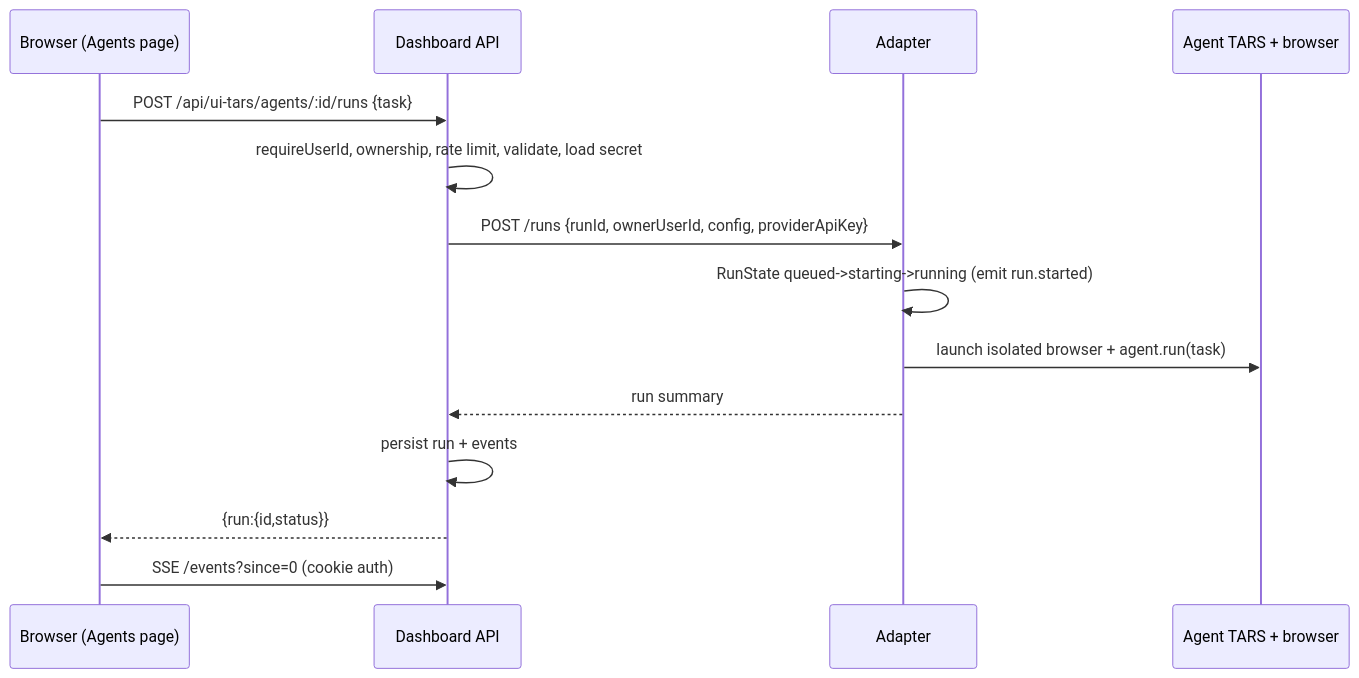
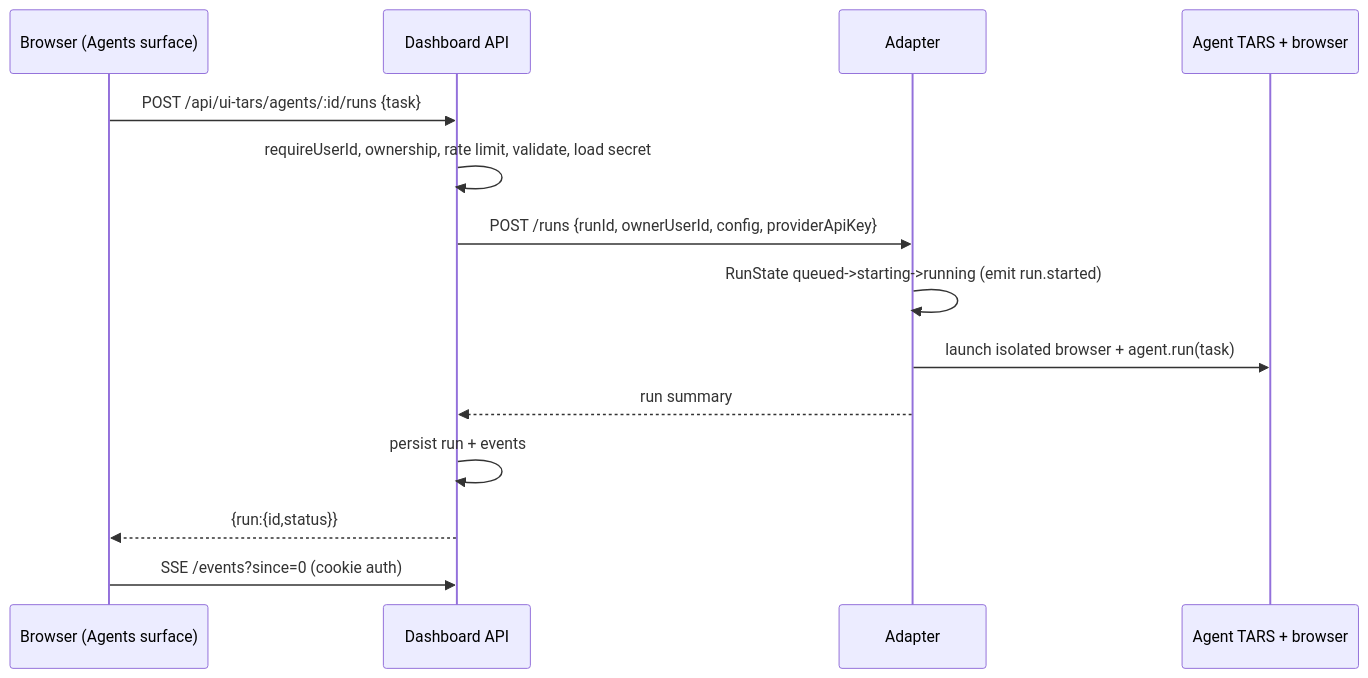
One commit to kuzeyatay/breadboard changed the first of 4 diagrams in docs/UI_TARS_OPERATIONS.md. Above: the diagram before and after it, drawn with Mermaid. The commit also changed other lines of this file and 11706 other files, not shown here.

````diff
--- a/docs/UI_TARS_OPERATIONS.md
+++ b/docs/UI_TARS_OPERATIONS.md
@@ -112,16 +143,16 @@
 ```mermaid
 sequenceDiagram
-  participant U as Browser (Agents page)
+  participant U as Browser (Agents surface)
   participant D as Dashboard API
   participant A as Adapter
   participant R as Agent TARS + browser
   U->>D: POST /api/ui-tars/agents/:id/runs {task}
   D->>D: requireUserId, ownership, rate limit, validate, load secret
   D->>A: POST /runs {runId, ownerUserId, config, providerApiKey}
   A->>A: RunState queued->starting->running (emit run.started)
   A->>R: launch isolated browser + agent.run(task)
   A-->>D: run summary
   D->>D: persist run + events
   D-->>U: {run:{id,status}}
   U->>D: SSE /events?since=0 (cookie auth)
 ```
````
